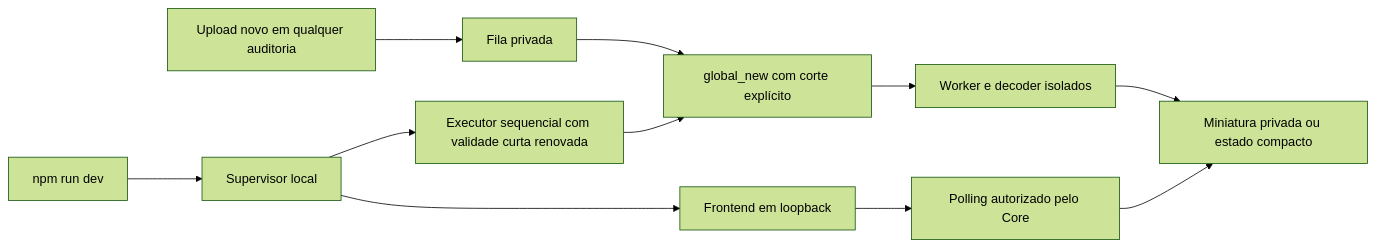
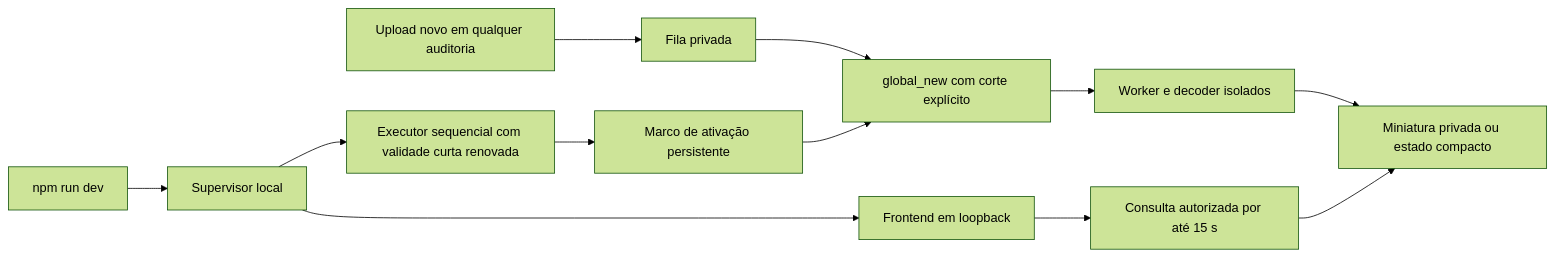
Before and after one commit to The-Vonky/Gaucha-Gestao: the diagram in docs/modules/audit/AUD_IMG_02_INTEGRATED_DEV_20261106.md, drawn with Mermaid (forest theme). The commit also changed other lines of this file and 15 other files, not shown here.

````diff
--- a/docs/modules/audit/AUD_IMG_02_INTEGRATED_DEV_20261106.md
+++ b/docs/modules/audit/AUD_IMG_02_INTEGRATED_DEV_20261106.md
@@ -37,13 +41,14 @@
 ```mermaid
 flowchart LR
   D[npm run dev] --> S[Supervisor local]
   S --> F[Frontend em loopback]
   S --> E[Executor sequencial com validade curta renovada]
   A[Upload novo em qualquer auditoria] --> Q[Fila privada]
   Q --> C[global_new com corte explícito]
-  E --> C
+  E --> T[Marco de ativação persistente]
+  T --> C
   C --> W[Worker e decoder isolados]
   W --> M[Miniatura privada ou estado compacto]
-  F --> P[Polling autorizado pelo Core]
+  F --> P[Consulta autorizada por até 15 s]
   P --> M
 ```
````
